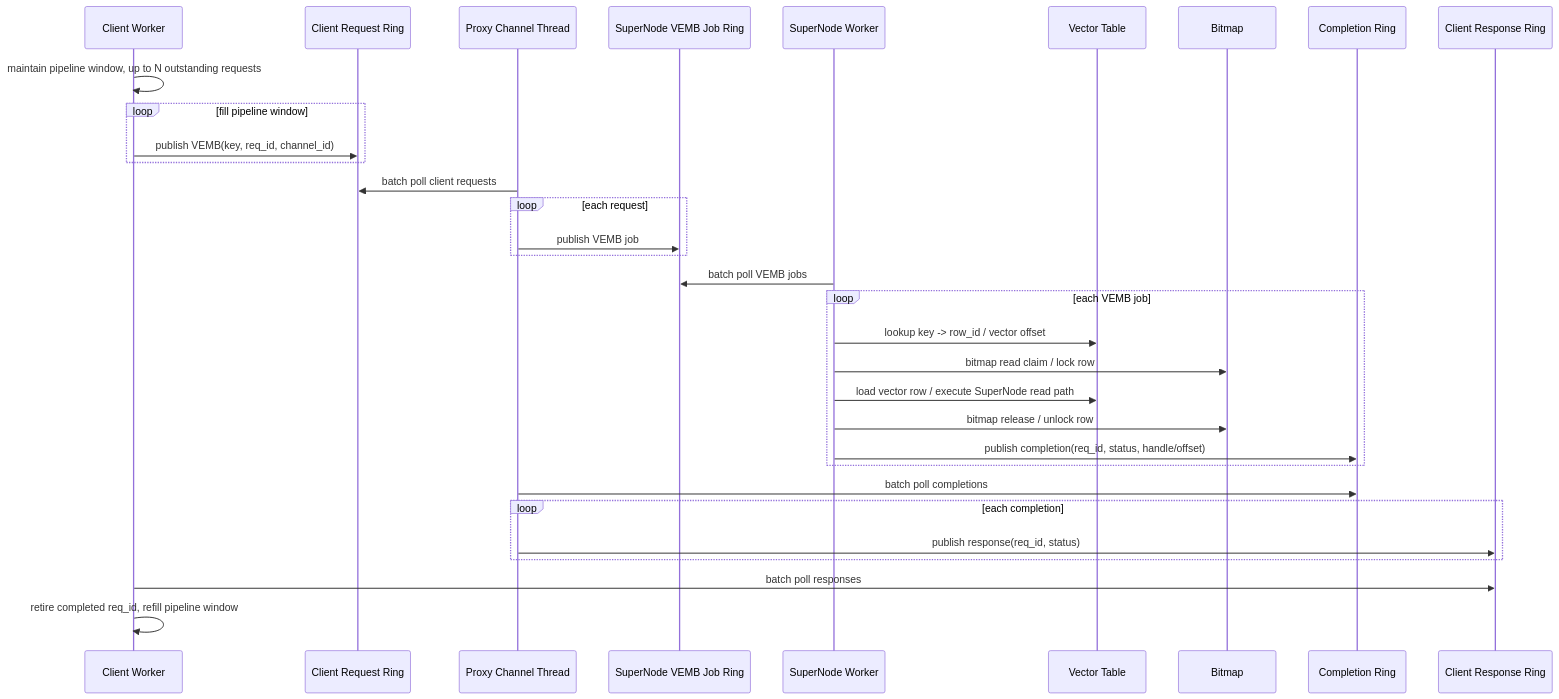
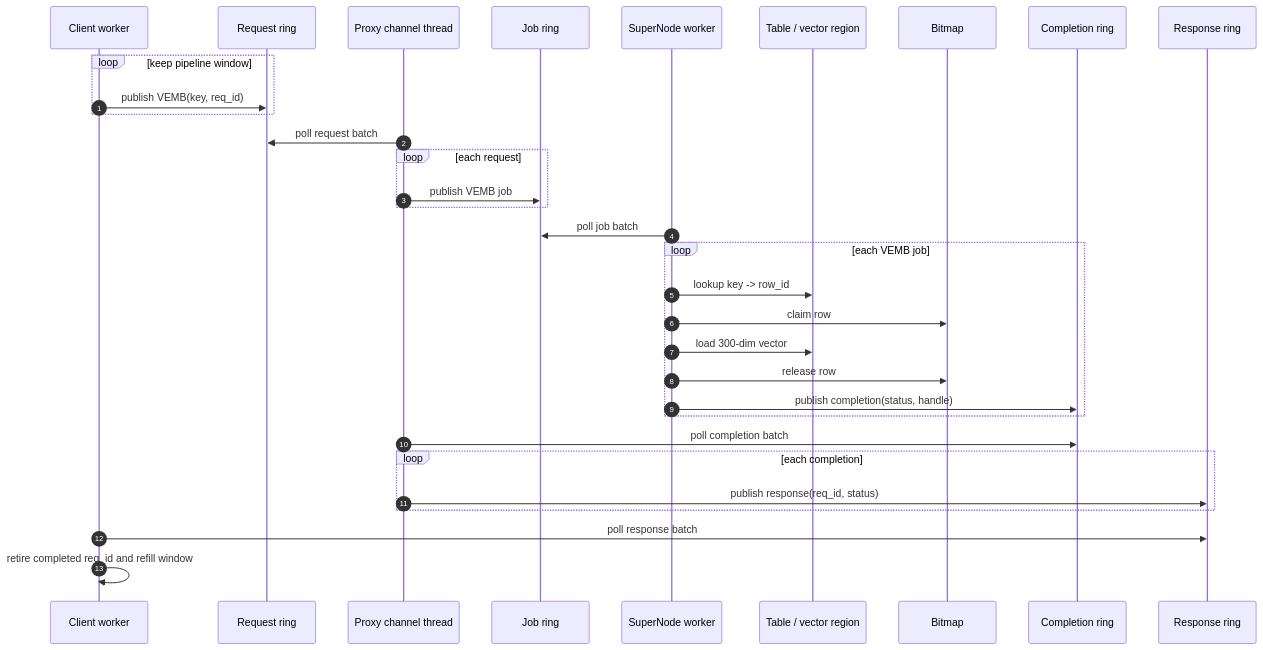
Before and after one commit to jialiuyu/redis: the second of 2 diagrams in docs/VEMB_V16_PIPELINE_BATCH_BITMAP_ANALYSIS.md, drawn with Mermaid. The commit also changed other lines of this file and 3 other files, not shown here.

````diff
--- a/docs/VEMB_V16_PIPELINE_BATCH_BITMAP_ANALYSIS.md
+++ b/docs/VEMB_V16_PIPELINE_BATCH_BITMAP_ANALYSIS.md
@@ -38,39 +69,39 @@
 ```mermaid
 sequenceDiagram
-    participant C as Client Worker
-    participant Req as Client Request Ring
-    participant P as Proxy Channel Thread
-    participant Job as SuperNode VEMB Job Ring
-    participant S as SuperNode Worker
-    participant T as Vector Table
+    autonumber
+    participant C as Client worker
+    participant Req as Request ring
+    participant P as Proxy channel thread
+    participant Job as Job ring
+    participant S as SuperNode worker
+    participant T as Table / vector region
     participant B as Bitmap
-    participant Comp as Completion Ring
-    participant Resp as Client Response Ring
+    participant Comp as Completion ring
+    participant Resp as Response ring
 
-    C->>C: maintain pipeline window, up to N outstanding requests
-    loop fill pipeline window
-        C->>Req: publish VEMB(key, req_id, channel_id)
+    loop keep pipeline window
+        C->>Req: publish VEMB(key, req_id)
     end
 
-    P->>Req: batch poll client requests
+    P->>Req: poll request batch
     loop each request
         P->>Job: publish VEMB job
     end
 
-    S->>Job: batch poll VEMB jobs
+    S->>Job: poll job batch
     loop each VEMB job
-        S->>T: lookup key -> row_id / vector offset
-        S->>B: bitmap read claim / lock row
-        S->>T: load vector row / execute SuperNode read path
-        S->>B: bitmap release / unlock row
-        S->>Comp: publish completion(req_id, status, handle/offset)
+        S->>T: lookup key -> row_id
+        S->>B: claim row
+        S->>T: load 300-dim vector
+        S->>B: release row
+        S->>Comp: publish completion(status, handle)
     end
 
-    P->>Comp: batch poll completions
+    P->>Comp: poll completion batch
     loop each completion
         P->>Resp: publish response(req_id, status)
     end
 
-    C->>Resp: batch poll responses
-    C->>C: retire completed req_id, refill pipeline window
+    C->>Resp: poll response batch
+    C->>C: retire completed req_id and refill window
 ```
````
